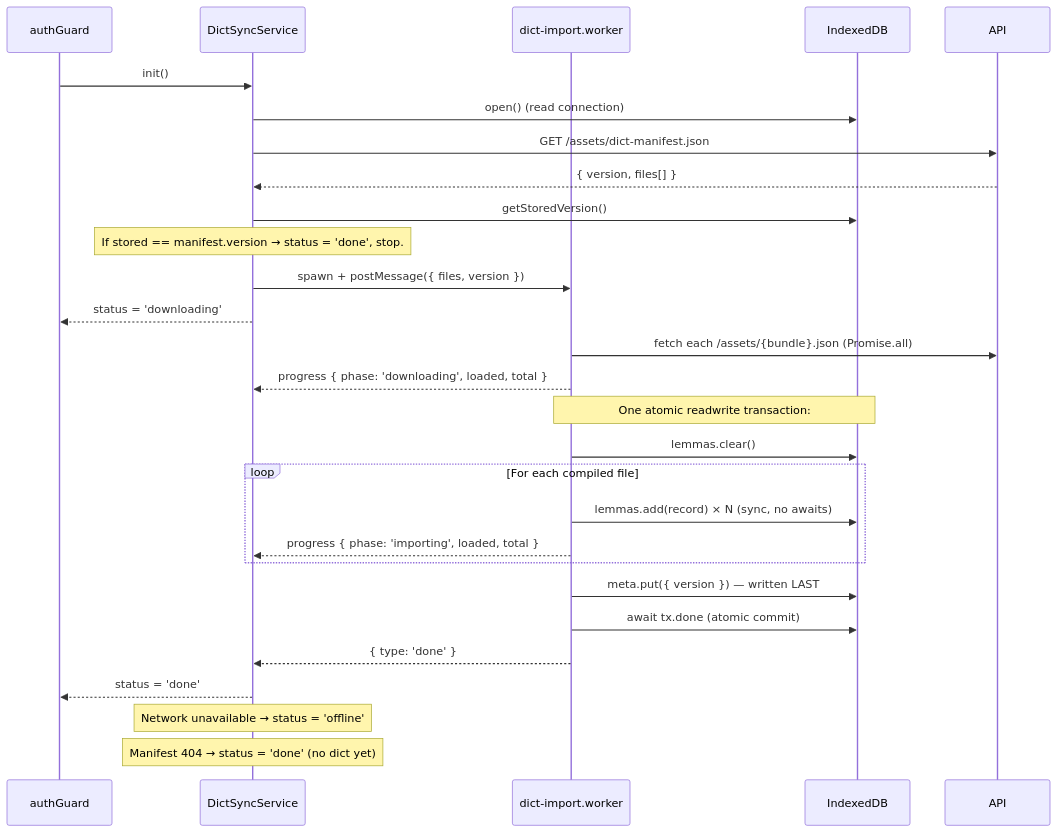
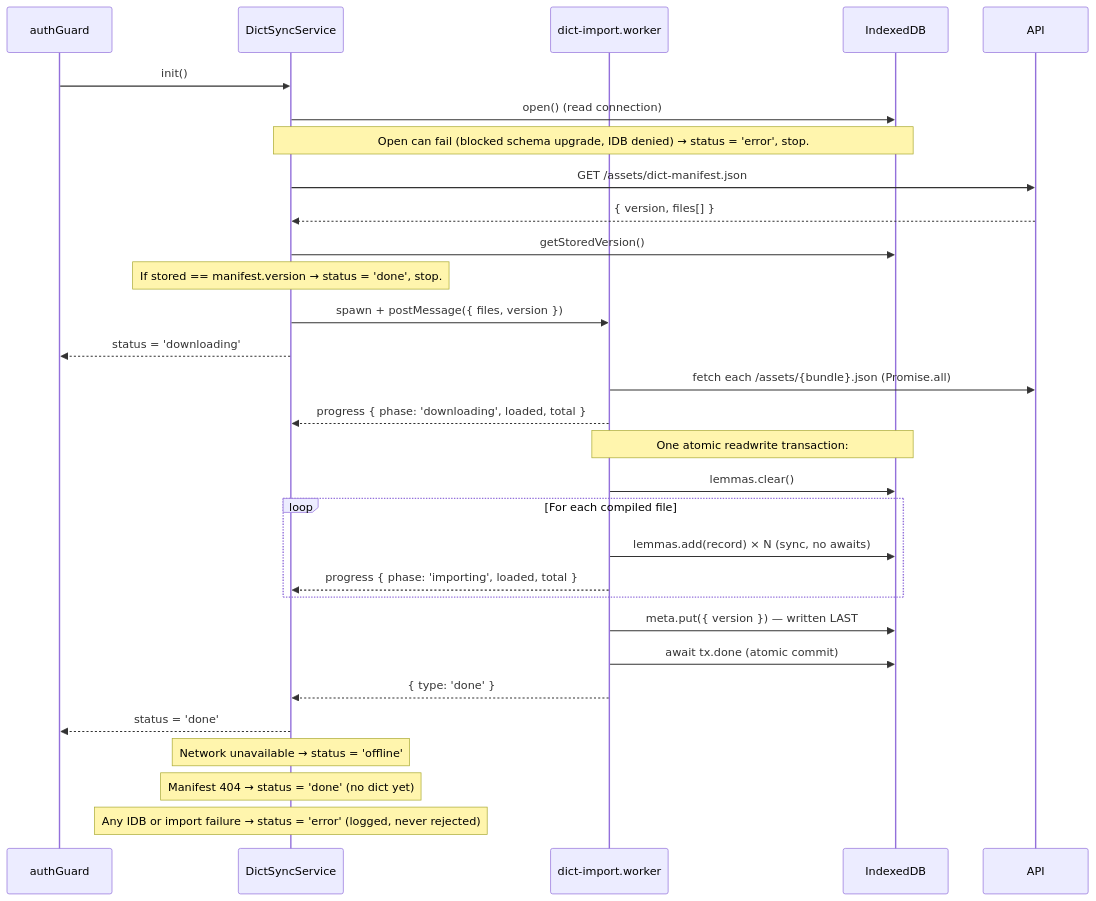
Diagram 11 of 17 in apps/web/ARCHITECTURE.md (remarcmij/taalwiz-mono), drawn with Mermaid before and after one commit.

Commit message:
docs(web): show the 'error' terminal in the dictionary sync diagram
The sequence diagram enumerated the 'offline' and 'done' terminals but never
'error', even though that status predates dc455cb (manifest HTTP error, import
failure). That commit added two more routes to it -- a failed open() and a
failed getStoredVersion() -- so the omission became misleading.

Add a note on the open() step and one to the trailing terminal group. The
schema-upgrade sequence itself stays out; the "Schema upgrades" prose section
covers it, and the diagram keeps to the status vocabulary it already uses.

````diff
--- a/apps/web/ARCHITECTURE.md
+++ b/apps/web/ARCHITECTURE.md
@@ -418,35 +418,37 @@
 ```mermaid
 sequenceDiagram
     participant authGuard
     participant DictSyncService
     participant Worker as dict-import.worker
     participant IndexedDB
     participant API
 
     authGuard->>DictSyncService: init()
     DictSyncService->>IndexedDB: open() (read connection)
+    Note over DictSyncService,IndexedDB: Open can fail (blocked schema upgrade, IDB denied) → status = 'error', stop.
     DictSyncService->>API: GET /assets/dict-manifest.json
     API-->>DictSyncService: { version, files[] }
     DictSyncService->>IndexedDB: getStoredVersion()
     Note over DictSyncService: If stored == manifest.version → status = 'done', stop.
 
     DictSyncService->>Worker: spawn + postMessage({ files, version })
     DictSyncService-->>authGuard: status = 'downloading'
 
     Worker->>API: fetch each /assets/{bundle}.json (Promise.all)
     Worker-->>DictSyncService: progress { phase: 'downloading', loaded, total }
 
     Note over Worker,IndexedDB: One atomic readwrite transaction:
     Worker->>IndexedDB: lemmas.clear()
     loop For each compiled file
         Worker->>IndexedDB: lemmas.add(record) × N (sync, no awaits)
         Worker-->>DictSyncService: progress { phase: 'importing', loaded, total }
     end
     Worker->>IndexedDB: meta.put({ version }) — written LAST
     Worker->>IndexedDB: await tx.done (atomic commit)
     Worker-->>DictSyncService: { type: 'done' }
     DictSyncService-->>authGuard: status = 'done'
 
     Note over DictSyncService: Network unavailable → status = 'offline'
     Note over DictSyncService: Manifest 404 → status = 'done' (no dict yet)
+    Note over DictSyncService: Any IDB or import failure → status = 'error' (logged, never rejected)
 ```
````
